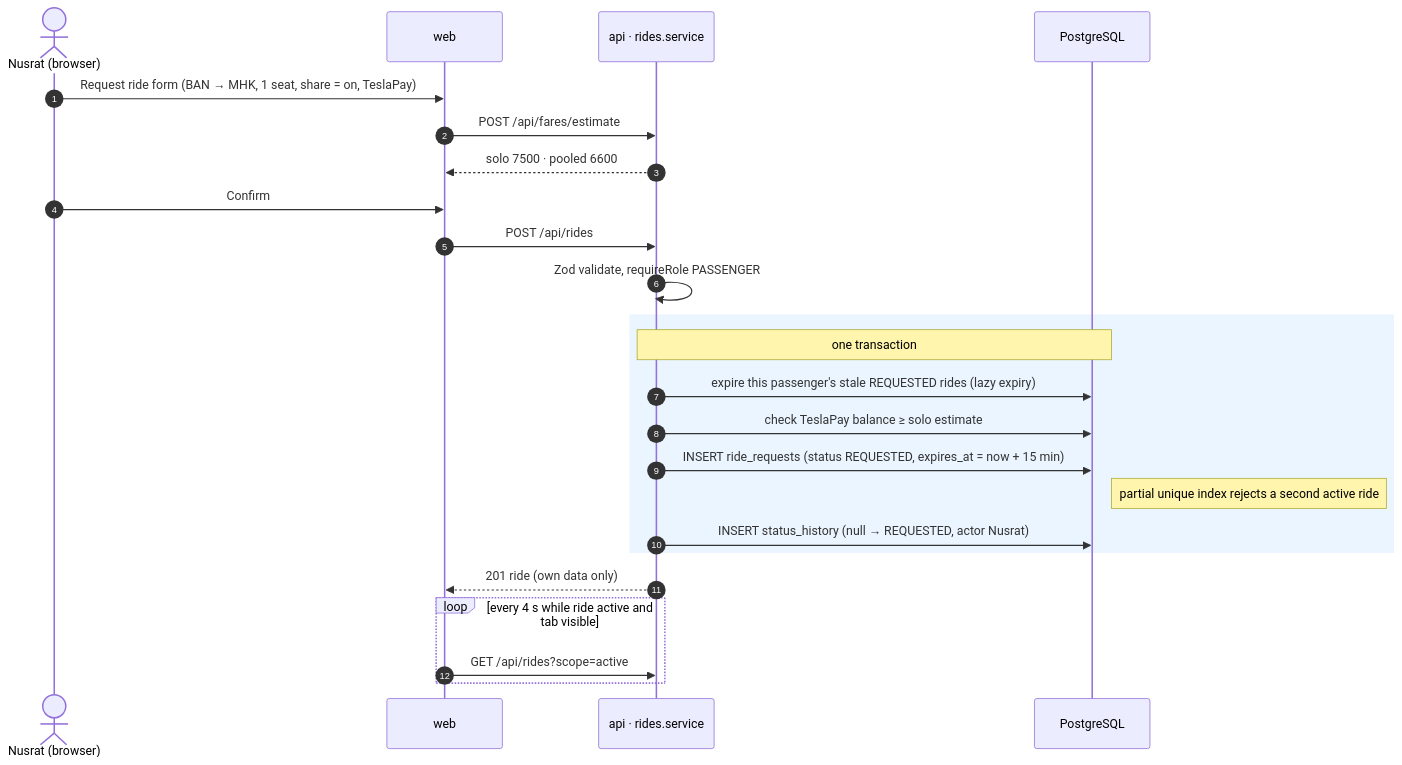
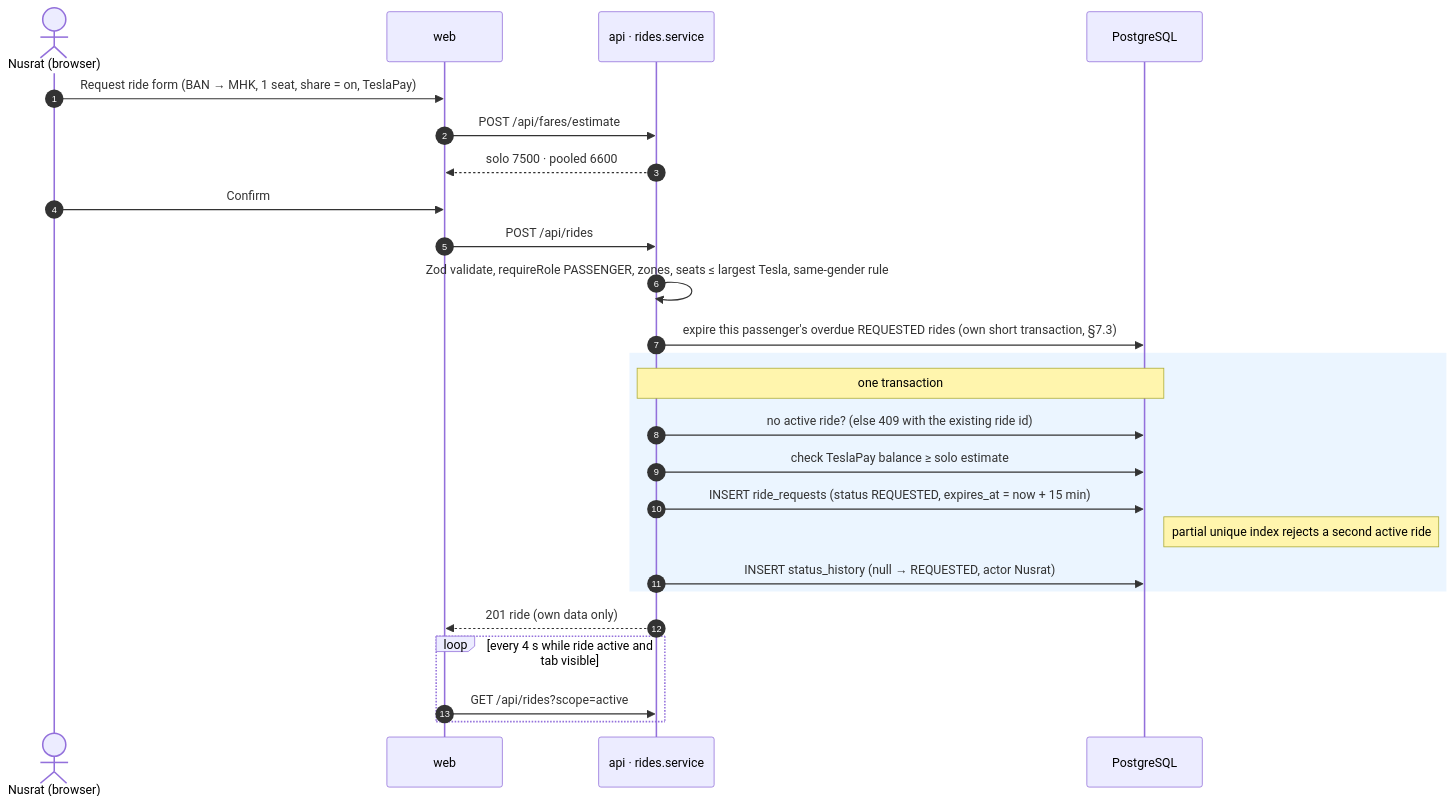
The fourth of 9 diagrams in docs/ARCHITECTURE.md (MahadiAhmed0/DhakaPool---Ride-Pooling-Shared-Fare-Platform), drawn with Mermaid before and after one commit. The commit also changed other lines of this file and 2 other files, not shown here.

First line of the commit message:
docs: sync architecture, conventions and tracker with the rides module

````diff
--- a/docs/ARCHITECTURE.md
+++ b/docs/ARCHITECTURE.md
@@ -165,26 +167,27 @@
 ```mermaid
 sequenceDiagram
     autonumber
     actor N as Nusrat (browser)
     participant W as web
     participant A as api · rides.service
     participant DB as PostgreSQL
     N->>W: Request ride form (BAN → MHK, 1 seat, share = on, TeslaPay)
     W->>A: POST /api/fares/estimate
     A-->>W: solo 7500 · pooled 6600
     N->>W: Confirm
     W->>A: POST /api/rides
-    A->>A: Zod validate, requireRole PASSENGER
+    A->>A: Zod validate, requireRole PASSENGER, zones, seats ≤ largest Tesla, same-gender rule
+    A->>DB: expire this passenger's overdue REQUESTED rides (own short transaction, §7.3)
     rect rgb(235, 245, 255)
     note over A,DB: one transaction
-    A->>DB: expire this passenger's stale REQUESTED rides (lazy expiry)
+    A->>DB: no active ride? (else 409 with the existing ride id)
     A->>DB: check TeslaPay balance ≥ solo estimate
     A->>DB: INSERT ride_requests (status REQUESTED, expires_at = now + 15 min)
     note right of DB: partial unique index rejects a second active ride
     A->>DB: INSERT status_history (null → REQUESTED, actor Nusrat)
     end
     A-->>W: 201 ride (own data only)
     loop every 4 s while ride active and tab visible
         W->>A: GET /api/rides?scope=active
     end
 ```
````
